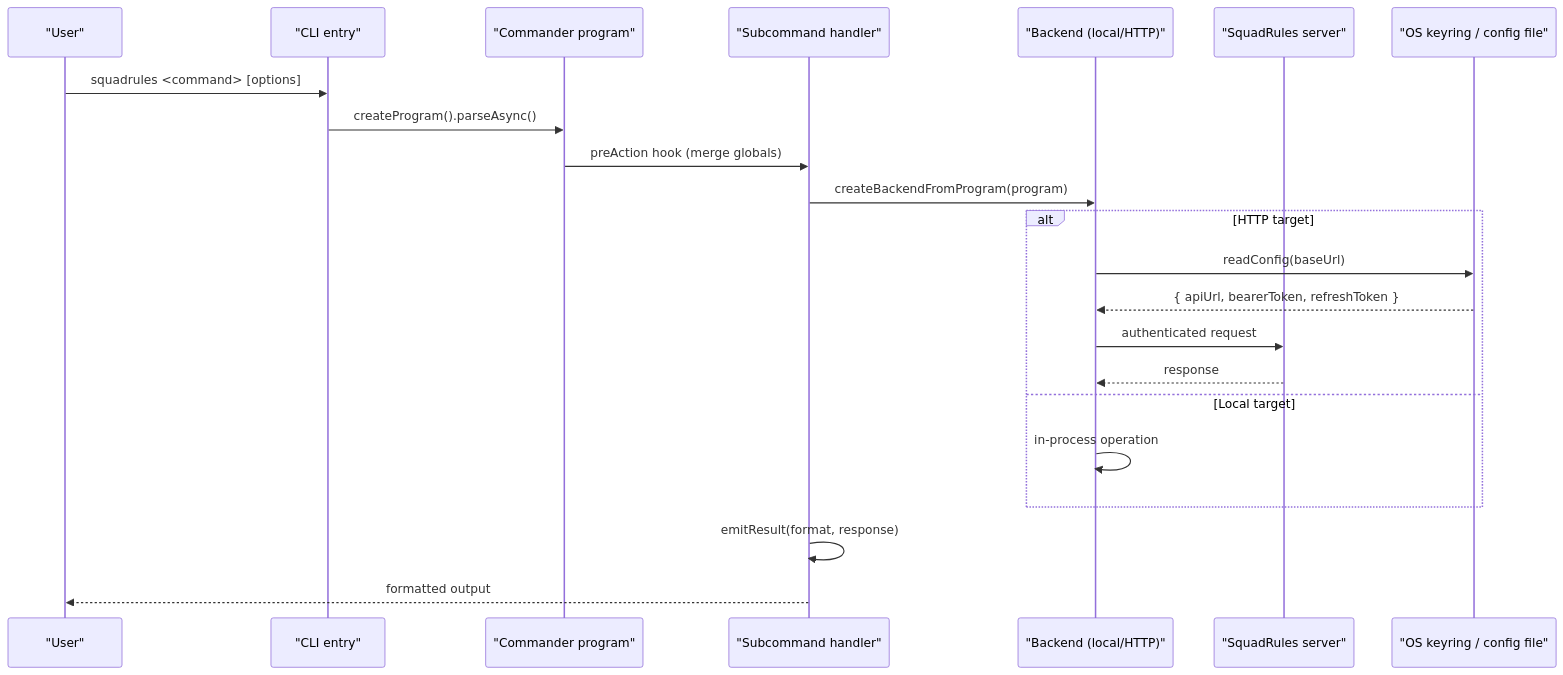
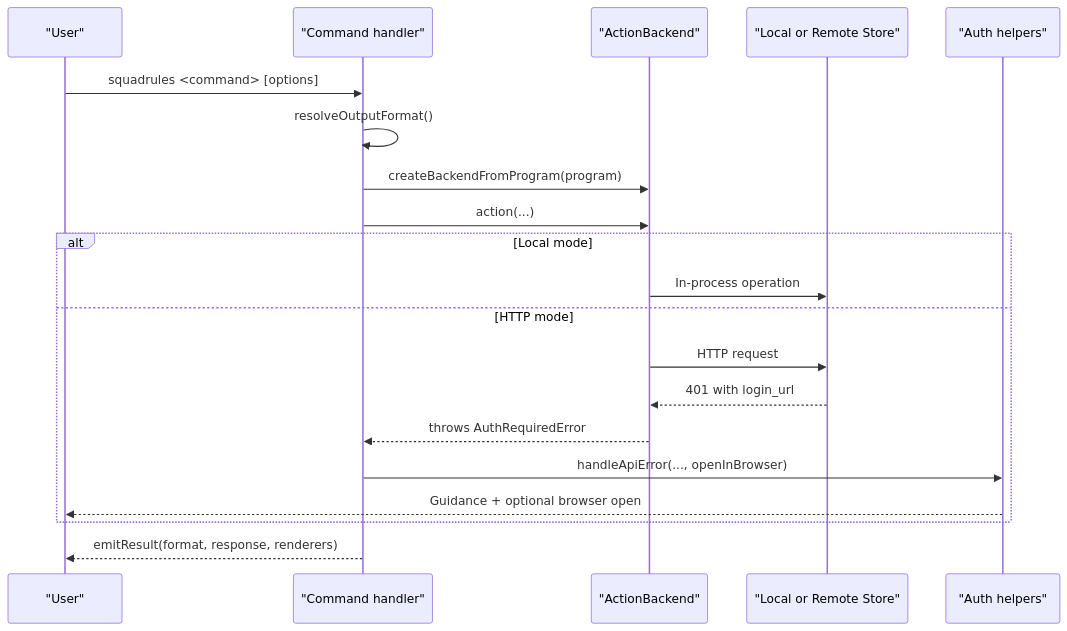
Before and after one commit to SquadRules/mcp: the second of 5 diagrams in .qoder/repowiki/en/content/CLI Interface.md, drawn with Mermaid. The commit also changed other lines of this file and 602 other files, not shown here.

````diff
--- a/.qoder/repowiki/en/content/CLI Interface.md
+++ b/.qoder/repowiki/en/content/CLI Interface.md
@@ -105,24 +91,22 @@
 ```mermaid
 sequenceDiagram
 participant User as "User"
-participant CLI as "CLI entry"
-participant Program as "Commander program"
-participant Cmd as "Subcommand handler"
-participant Backend as "Backend (local/HTTP)"
-participant Server as "SquadRules server"
-participant Keyring as "OS keyring / config file"
+participant CLI as "Command handler"
+participant Backend as "ActionBackend"
+participant Store as "Local or Remote Store"
+participant Auth as "Auth helpers"
 User->>CLI : squadrules <command> [options]
-CLI->>Program : createProgram().parseAsync()
-Program->>Cmd : preAction hook (merge globals)
-Cmd->>Backend : createBackendFromProgram(program)
-alt HTTP target
-Backend->>Keyring : readConfig(baseUrl)
-Keyring-->>Backend : { apiUrl, bearerToken, refreshToken }
-Backend->>Server : authenticated request
-Server-->>Backend : response
-else Local target
-Backend->>Backend : in-process operation
+CLI->>CLI : resolveOutputFormat()
+CLI->>Backend : createBackendFromProgram(program)
+CLI->>Backend : action(...)
+alt Local mode
+Backend->>Store : In-process operation
+else HTTP mode
+Backend->>Store : HTTP request
+Store-->>Backend : 401 with login_url
+Backend-->>CLI : throws AuthRequiredError
+CLI->>Auth : handleApiError(..., openInBrowser)
+Auth-->>User : Guidance + optional browser open
 end
-Cmd->>Cmd : emitResult(format, response)
-Cmd-->>User : formatted output
+CLI-->>User : emitResult(format, response, renderers)
 ```
````
